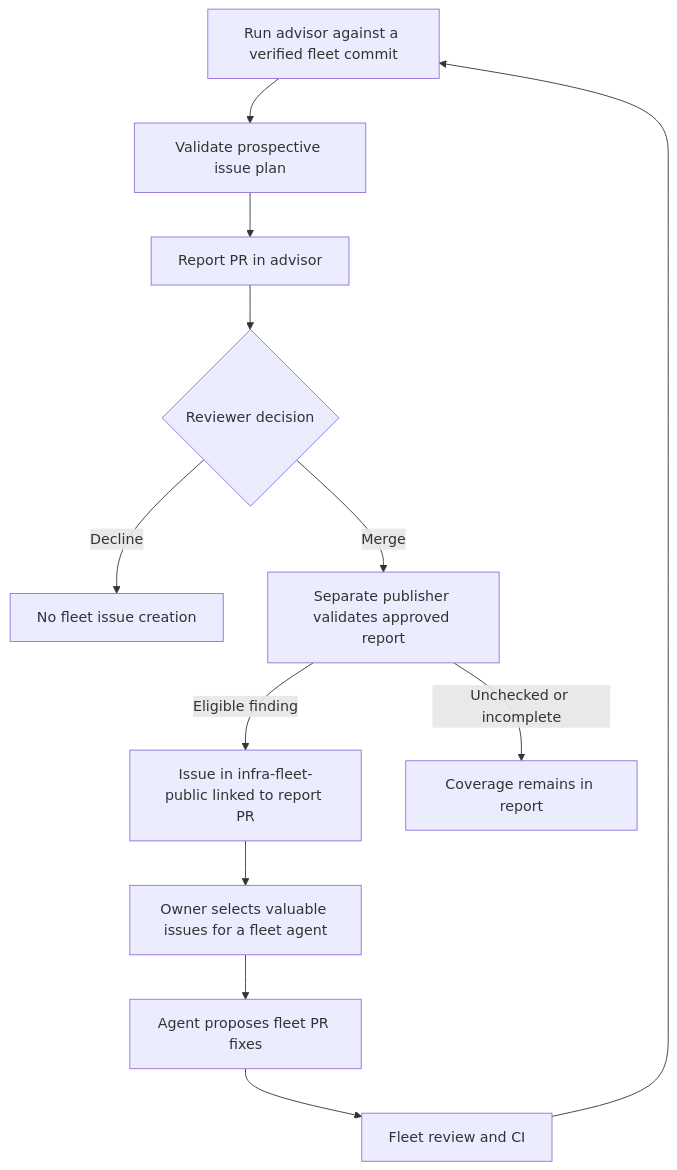
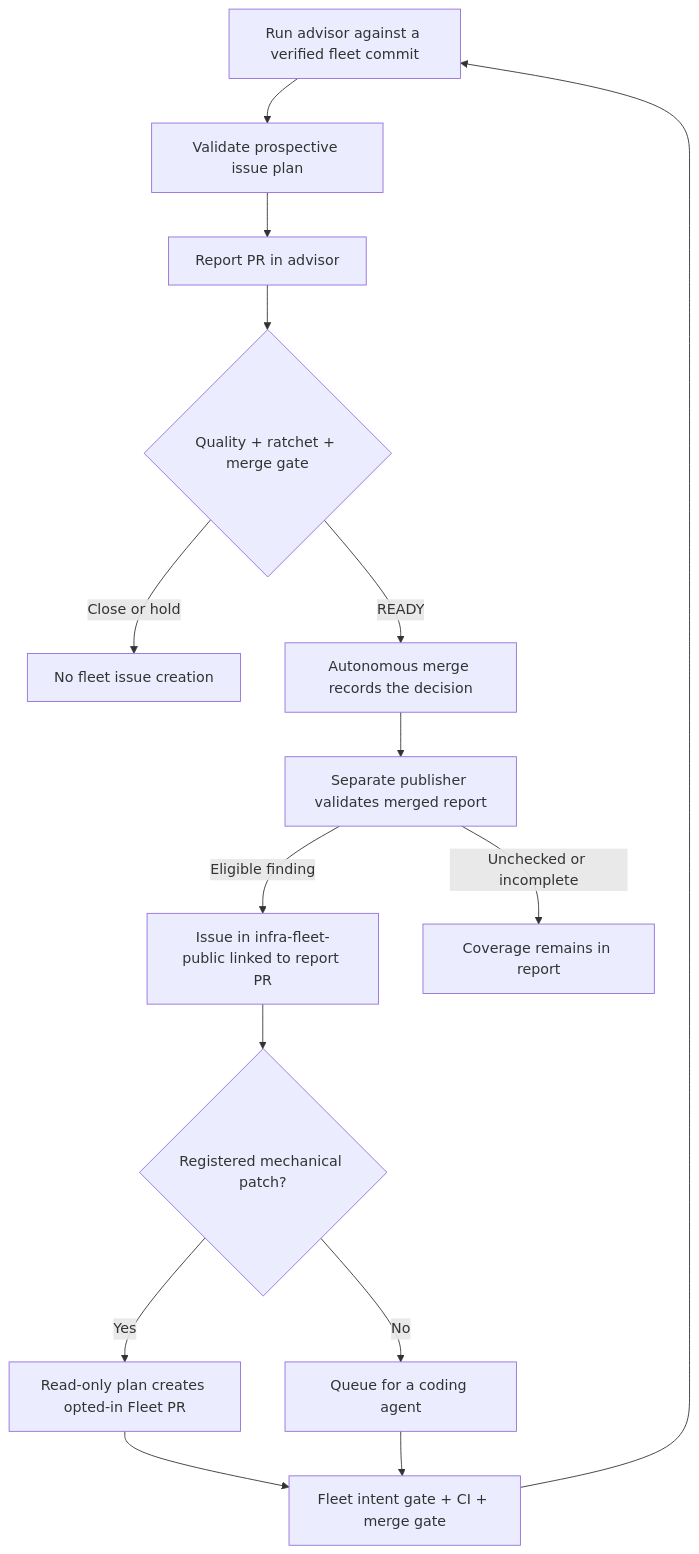
Before and after one commit to ImranAdan/infra-fleet-advisor-public: the diagram in docs/WORKFLOW.md, drawn with Mermaid. The commit also changed other lines of this file and 36 other files, not shown here.

Commit message:
feat(automation): close the autonomous evidence loop

````diff
--- a/docs/WORKFLOW.md
+++ b/docs/WORKFLOW.md
@@ -8,14 +9,17 @@
 ```mermaid
 flowchart TD
     A[Run advisor against a verified fleet commit] --> P[Validate prospective issue plan]
     P --> B[Report PR in advisor]
-    B --> C{Reviewer decision}
-    C -->|Decline| D[No fleet issue creation]
-    C -->|Merge| E[Separate publisher validates approved report]
-    E -->|Eligible finding| F[Issue in infra-fleet-public linked to report PR]
-    E -->|Unchecked or incomplete| G[Coverage remains in report]
-    F --> H[Owner selects valuable issues for a fleet agent]
-    H --> I[Agent proposes fleet PR fixes]
-    I --> J[Fleet review and CI]
+    B --> C{Quality + ratchet + merge gate}
+    C -->|Close or hold| D[No fleet issue creation]
+    C -->|READY| E[Autonomous merge records the decision]
+    E --> V[Separate publisher validates merged report]
+    V -->|Eligible finding| F[Issue in infra-fleet-public linked to report PR]
+    V -->|Unchecked or incomplete| G[Coverage remains in report]
+    F --> H{Registered mechanical patch?}
+    H -->|Yes| I[Read-only plan creates opted-in Fleet PR]
+    H -->|No| K[Queue for a coding agent]
+    I --> J[Fleet intent gate + CI + merge gate]
+    K --> J
     J --> A
 ```
````
